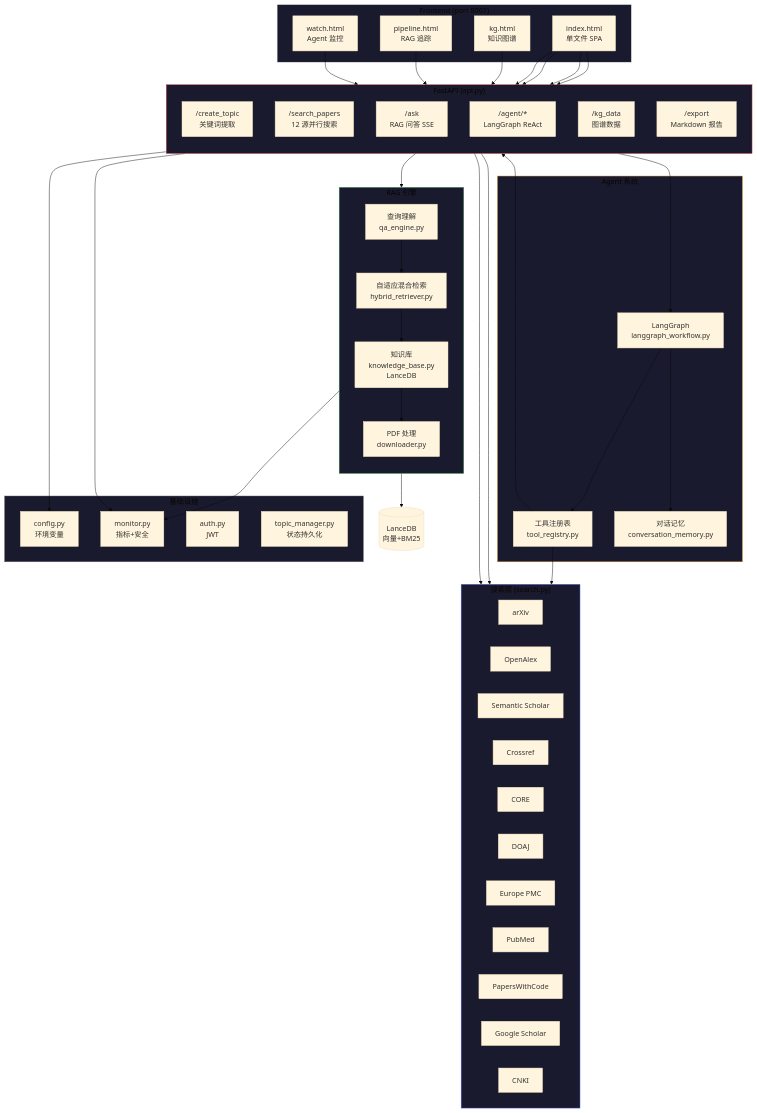
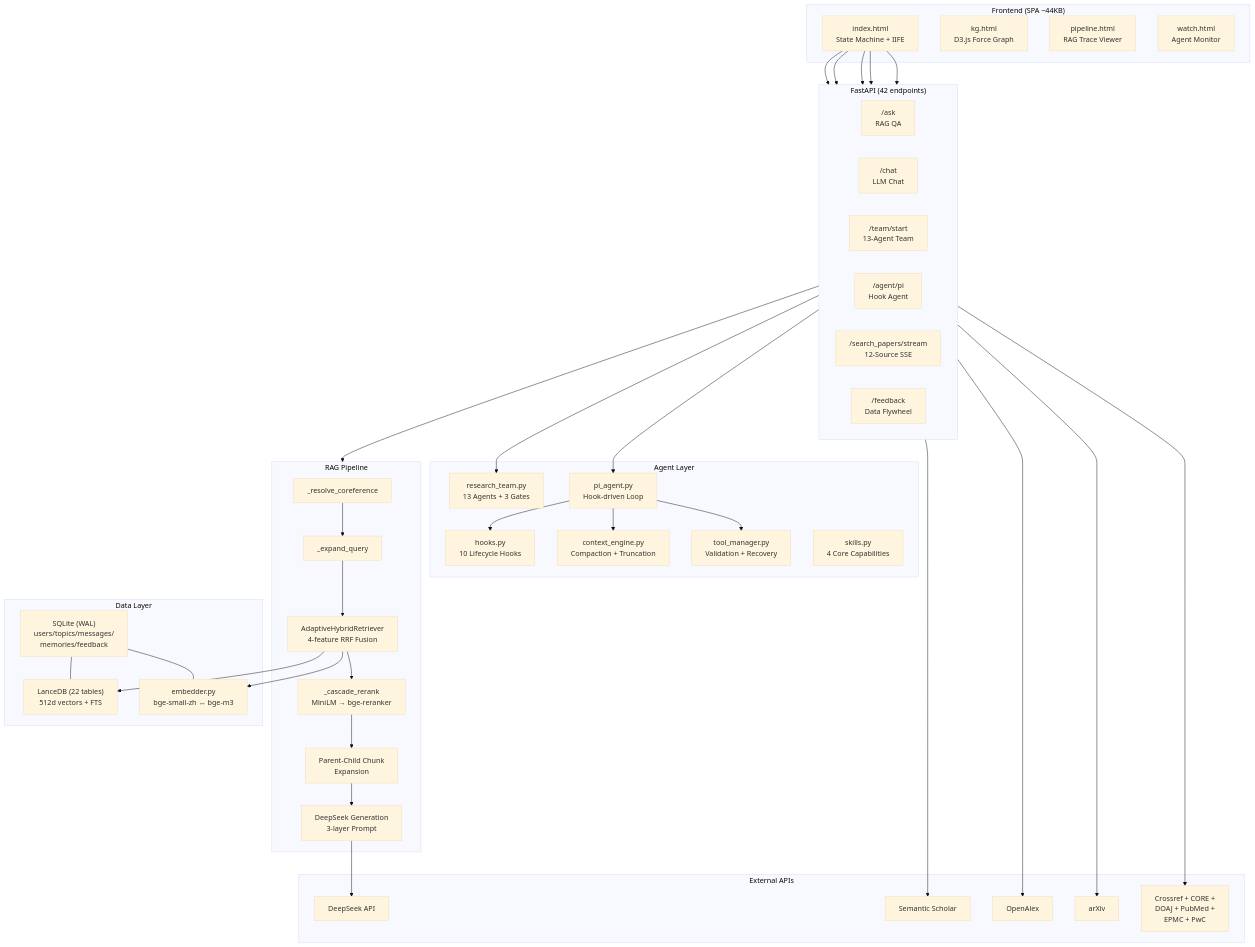
One commit to tyzco/ai-research-assistant changed the diagram in docs/ARCHITECTURE.md. Above: the diagram before and after it, drawn with Mermaid (base theme). The commit also changed other lines of this file and 103 other files, not shown here.

````diff
--- a/docs/ARCHITECTURE.md
+++ b/docs/ARCHITECTURE.md
@@ -3,88 +5,70 @@
 ```mermaid
 graph TB
-    subgraph Frontend["Frontend (port 8001)"]
-        UI["index.html<br/>单文件 SPA"]
-        KG["kg.html<br/>知识图谱"]
-        PL["pipeline.html<br/>RAG 追踪"]
-        WM["watch.html<br/>Agent 监控"]
+    subgraph Frontend["Frontend (SPA ~44KB)"]
+        UI["index.html<br/>State Machine + IIFE"]
+        KG["kg.html<br/>D3.js Force Graph"]
+        PL["pipeline.html<br/>RAG Trace Viewer"]
+        WA["watch.html<br/>Agent Monitor"]
     end
 
-    subgraph API["FastAPI (api.py)"]
-        direction TB
-        RT["/create_topic<br/>关键词提取"]
-        SP["/search_papers<br/>12 源并行搜索"]
-        ASK["/ask<br/>RAG 问答 SSE"]
-        AG["/agent/*<br/>LangGraph ReAct"]
-        KGE["/kg_data<br/>图谱数据"]
-        EX["/export<br/>Markdown 报告"]
+    subgraph API["FastAPI (42 endpoints)"]
+        direction LR
+        ASK["/ask<br/>RAG QA"]
+        CHAT["/chat<br/>LLM Chat"]
+        TEAM["/team/start<br/>13-Agent Team"]
+        PI["/agent/pi<br/>Hook Agent"]
+        SRCH["/search_papers/stream<br/>12-Source SSE"]
+        FB["/feedback<br/>Data Flywheel"]
     end
 
-    subgraph Search["搜索层 (search.py)"]
-        direction LR
-        AX["arXiv"]
-        OA["OpenAlex"]
-        S2["Semantic Scholar"]
-        CR["Crossref"]
-        CO["CORE"]
-        DJ["DOAJ"]
-        EP["Europe PMC"]
-        PM["PubMed"]
-        PW["PapersWithCode"]
-        GS["Google Scholar"]
-        CK["CNKI"]
+    subgraph Agent["Agent Layer"]
+        RT["research_team.py<br/>13 Agents + 3 Gates"]
+        PA["pi_agent.py<br/>Hook-driven Loop"]
+        HK["hooks.py<br/>10 Lifecycle Hooks"]
+        CE["context_engine.py<br/>Compaction + Truncation"]
+        TM["tool_manager.py<br/>Validation + Recovery"]
+        SK["skills.py<br/>4 Core Capabilities"]
     end
 
-    subgraph RAG["RAG 引擎"]
-        direction TB
-        QE["查询理解<br/>qa_engine.py"]
-        HR["自适应混合检索<br/>hybrid_retriever.py"]
-        KB["知识库<br/>knowledge_base.py<br/>LanceDB"]
-        DL["PDF 处理<br/>downloader.py"]
+    subgraph RAG["RAG Pipeline"]
+        CR["_resolve_coreference"]
+        EX["_expand_query"]
+        HR["AdaptiveHybridRetriever<br/>4-feature RRF Fusion"]
+        RR["_cascade_rerank<br/>MiniLM → bge-reranker"]
+        PC["Parent-Child Chunk<br/>Expansion"]
+        GN["DeepSeek Generation<br/>3-layer Prompt"]
+        CR --> EX --> HR --> RR --> PC --> GN
     end
 
-    subgraph Agent["Agent 系统"]
-        LG["LangGraph<br/>langgraph_workflow.py"]
-        TL["工具注册表<br/>tool_registry.py"]
-        MM["对话记忆<br/>conversation_memory.py"]
+    subgraph Data["Data Layer"]
+        SQL["SQLite (WAL)<br/>users/topics/messages/<br/>memories/feedback"]
+        LDB["LanceDB (22 tables)<br/>512d vectors + FTS"]
+        EMB["embedder.py<br/>bge-small-zh ↔ bge-m3"]
     end
 
-    subgraph Infra["基础设施"]
-        CF["config.py<br/>环境变量"]
-        MN["monitor.py<br/>指标+安全"]
-        AU["auth.py<br/>JWT"]
-        TM["topic_manager.py<br/>状态持久化"]
+    subgraph External["External APIs"]
+        DS["DeepSeek API"]
+        S2["Semantic Scholar"]
+        OA["OpenAlex"]
+        ARX["arXiv"]
+        CX["Crossref + CORE +<br/>DOAJ + PubMed +<br/>EPMC + PwC"]
     end
 
-    UI --> RT
-    UI --> SP
     UI --> ASK
-    UI --> AG
-    KG --> KGE
-    PL --> ASK
-    WM --> AG
-
-    RT --> Search
-    SP --> Search
-    ASK --> QE
-    QE --> HR
-    HR --> KB
-    KB --> DL
-    KB --> LanceDB[(LanceDB<br/>向量+BM25)]
-
-    AG --> LG
-    LG --> TL
-    LG --> MM
-    TL --> Search
-    TL --> ASK
-
-    KB --> MN
-    ASK --> MN
-    SP --> CF
-
-    style Search fill:#1a1a2e,stroke:#5b6af0
-    style RAG fill:#1a1a2e,stroke:#4ca15c
-    style Agent fill:#1a1a2e,stroke:#c98a26
-    style Frontend fill:#1a1a2e,stroke:#e0e0e0
-    style API fill:#1a1a2e,stroke:#d94f4f
-    style Infra fill:#1a1a2e,stroke:#6b6b6b
+    UI --> CHAT
+    UI --> TEAM
+    UI --> PI
+    UI --> SRCH
+    TEAM --> RT
+    PI --> PA
+    PA --> HK
+    PA --> CE
+    PA --> TM
+    ASK --> RAG
+    HR --> EMB
+    HR --> LDB
+    GN --> DS
+    SRCH --> S2 & OA & ARX & CX
+    SQL --- EMB
+    SQL --- LDB
 ```
````
